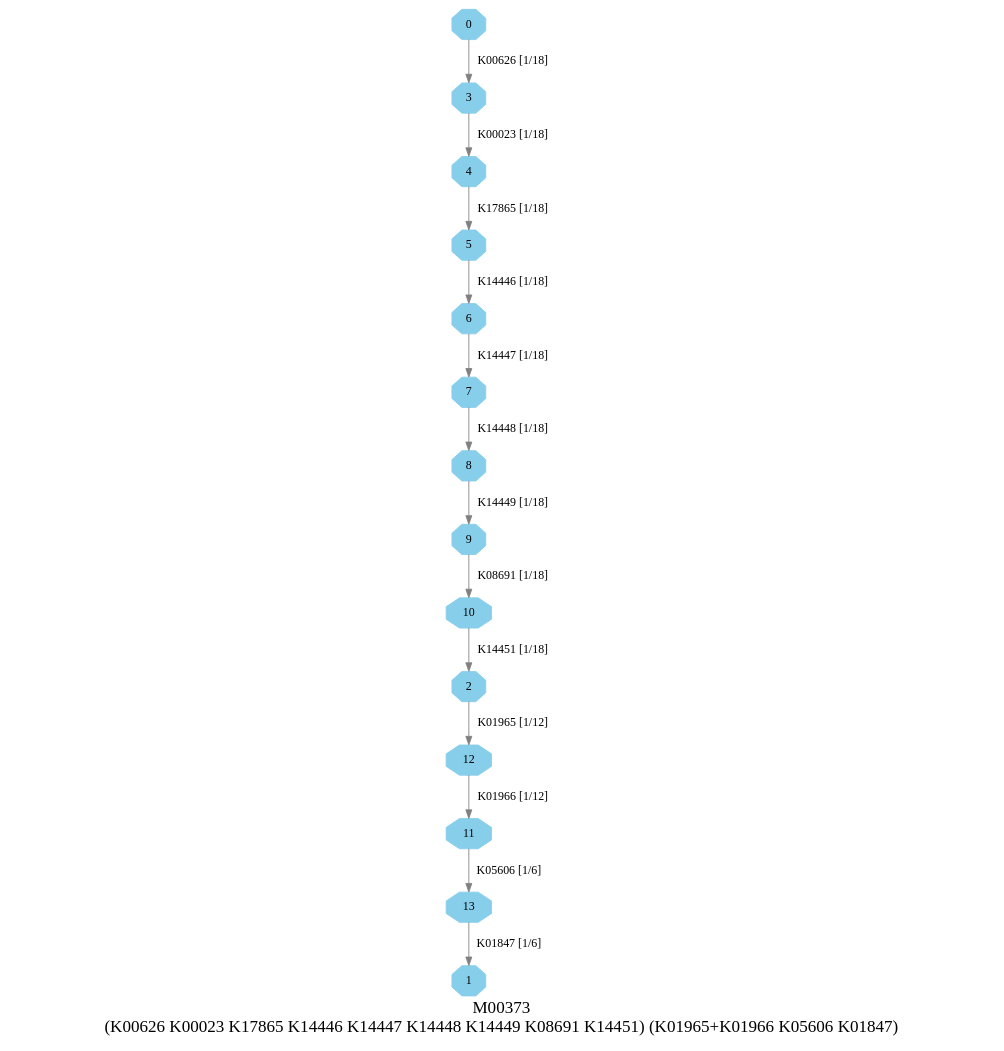
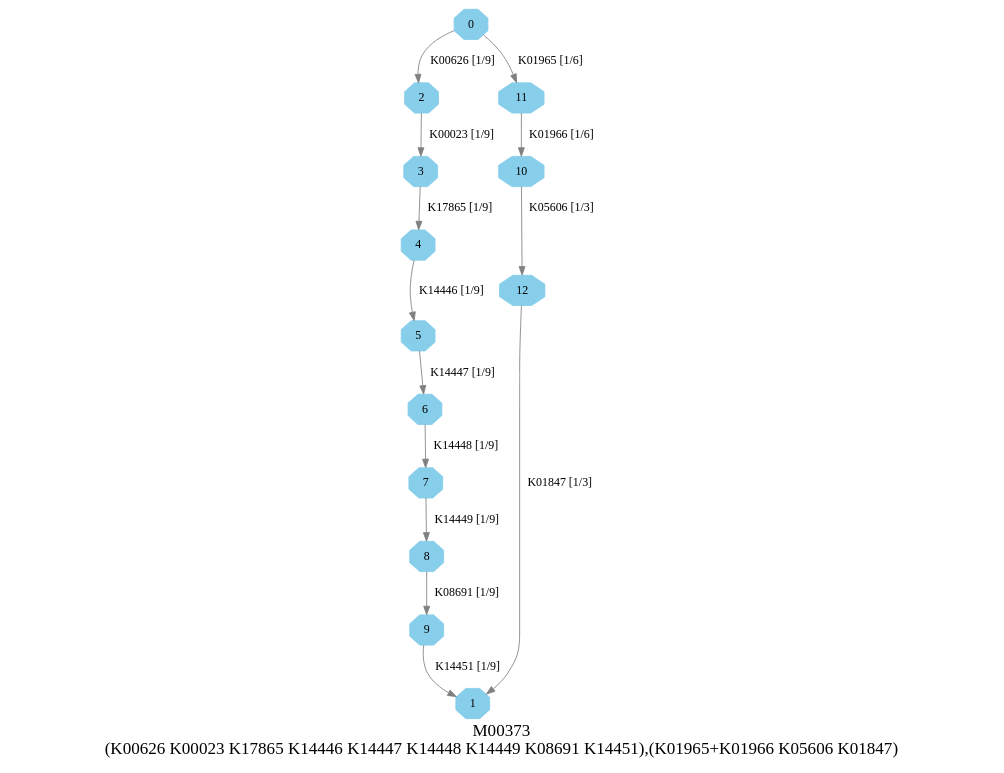
One commit to EBI-Metagenomics/kegg-pathways-completeness-tool changed the diagram in graphs/dots/M00373.dot. Above: the diagram before and after it, drawn with Graphviz. The commit also changed 45 other files, not shown here.

```diff
--- a/graphs/dots/M00373.dot
+++ b/graphs/dots/M00373.dot
@@ -1,20 +1,20 @@
 digraph G {
 graph [label="M00373
-(K00626 K00023 K17865 K14446 K14447 K14448 K14449 K08691 K14451) (K01965+K01966 K05606 K01847)",fontsize=20];
+(K00626 K00023 K17865 K14446 K14447 K14448 K14449 K08691 K14451),(K01965+K01966 K05606 K01847)",fontsize=20];
 node [shape=box,style=filled];
 edge [len=3,color=grey];
-{node [width=.3,height=.3,shape=octagon,style=filled,color=skyblue] 0 1 2 3 4 5 6 7 8 9 10 11 12 13 }
-0 -> 3 [label="K00626 [1/18]"];
-2 -> 12 [label="K01965 [1/12]"];
-3 -> 4 [label="K00023 [1/18]"];
-4 -> 5 [label="K17865 [1/18]"];
-5 -> 6 [label="K14446 [1/18]"];
-6 -> 7 [label="K14447 [1/18]"];
-7 -> 8 [label="K14448 [1/18]"];
-8 -> 9 [label="K14449 [1/18]"];
-9 -> 10 [label="K08691 [1/18]"];
-10 -> 2 [label="K14451 [1/18]"];
-11 -> 13 [label="K05606 [1/6]"];
-12 -> 11 [label="K01966 [1/12]"];
-13 -> 1 [label="K01847 [1/6]"];
+{node [width=.3,height=.3,shape=octagon,style=filled,color=skyblue] 0 1 2 3 4 5 6 7 8 9 10 11 12 }
+0 -> 2 [label="K00626 [1/9]"];
+0 -> 11 [label="K01965 [1/6]"];
+2 -> 3 [label="K00023 [1/9]"];
+3 -> 4 [label="K17865 [1/9]"];
+4 -> 5 [label="K14446 [1/9]"];
+5 -> 6 [label="K14447 [1/9]"];
+6 -> 7 [label="K14448 [1/9]"];
+7 -> 8 [label="K14449 [1/9]"];
+8 -> 9 [label="K08691 [1/9]"];
+9 -> 1 [label="K14451 [1/9]"];
+10 -> 12 [label="K05606 [1/3]"];
+11 -> 10 [label="K01966 [1/6]"];
+12 -> 1 [label="K01847 [1/3]"];
 }
```
